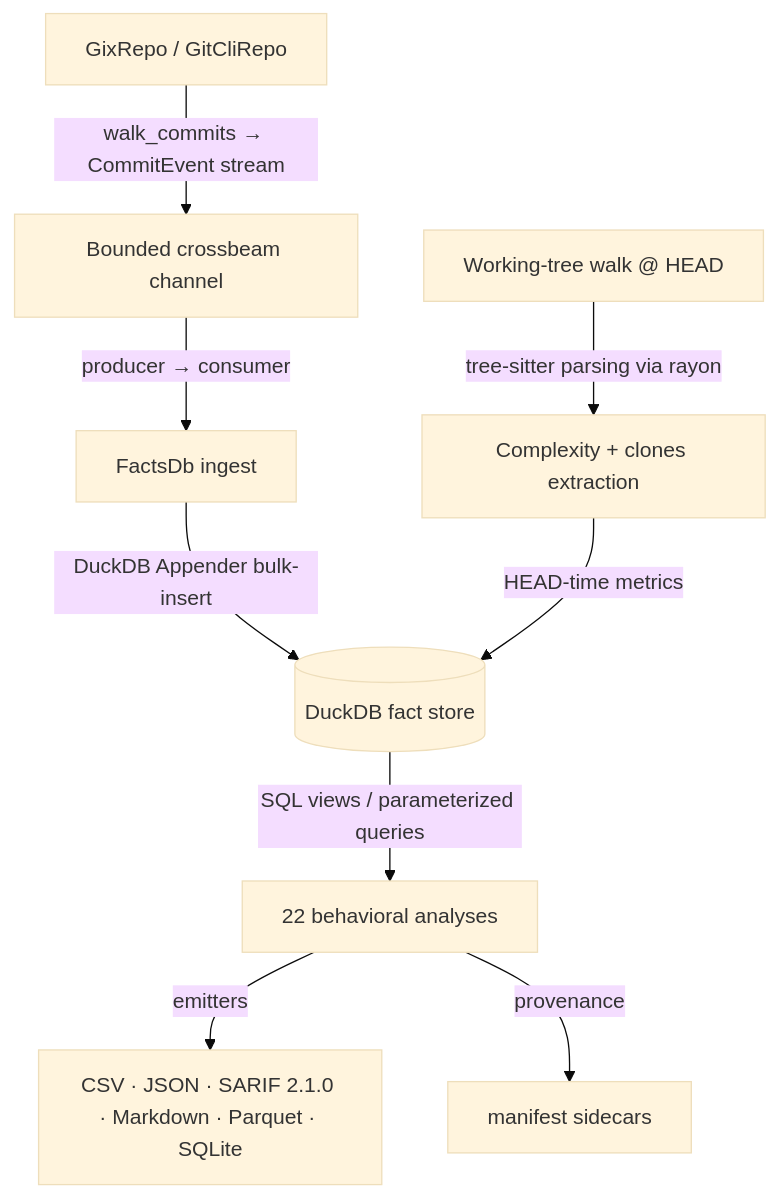
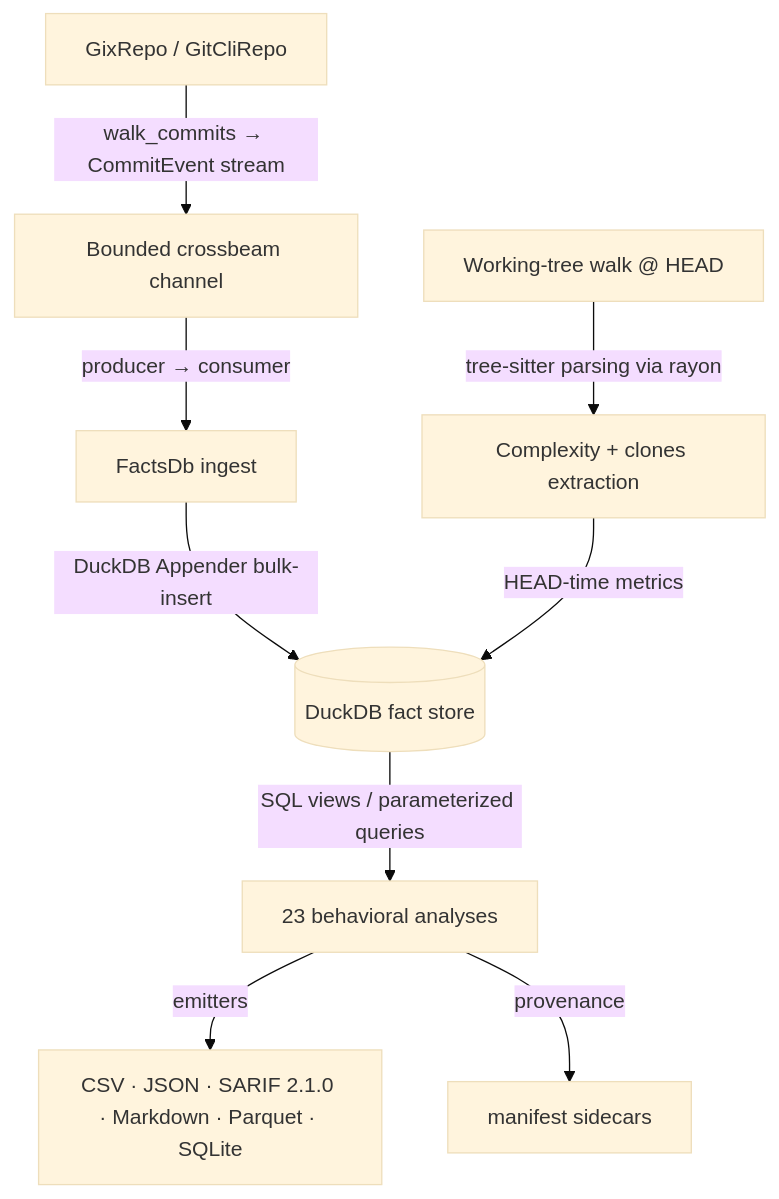
Before and after one commit to emrecdr/codelore: the diagram in docs/codebase_analysis.md, drawn with Mermaid (base theme). The commit also changed other lines of this file and 4 other files, not shown here.

````diff
--- a/docs/codebase_analysis.md
+++ b/docs/codebase_analysis.md
@@ -29,11 +29,11 @@
 ```mermaid
 graph TD
     A[GixRepo / GitCliRepo] -->|walk_commits → CommitEvent stream| B[Bounded crossbeam channel]
     B -->|producer → consumer| C[FactsDb ingest]
     C -->|DuckDB Appender bulk-insert| D[(DuckDB fact store)]
     E[Working-tree walk @ HEAD] -->|tree-sitter parsing via rayon| F[Complexity + clones extraction]
     F -->|HEAD-time metrics| D
-    D -->|SQL views / parameterized queries| G[22 behavioral analyses]
+    D -->|SQL views / parameterized queries| G[23 behavioral analyses]
     G -->|emitters| H[CSV · JSON · SARIF 2.1.0 · Markdown · Parquet · SQLite]
     G -->|provenance| I[manifest sidecars]
 ```
````
